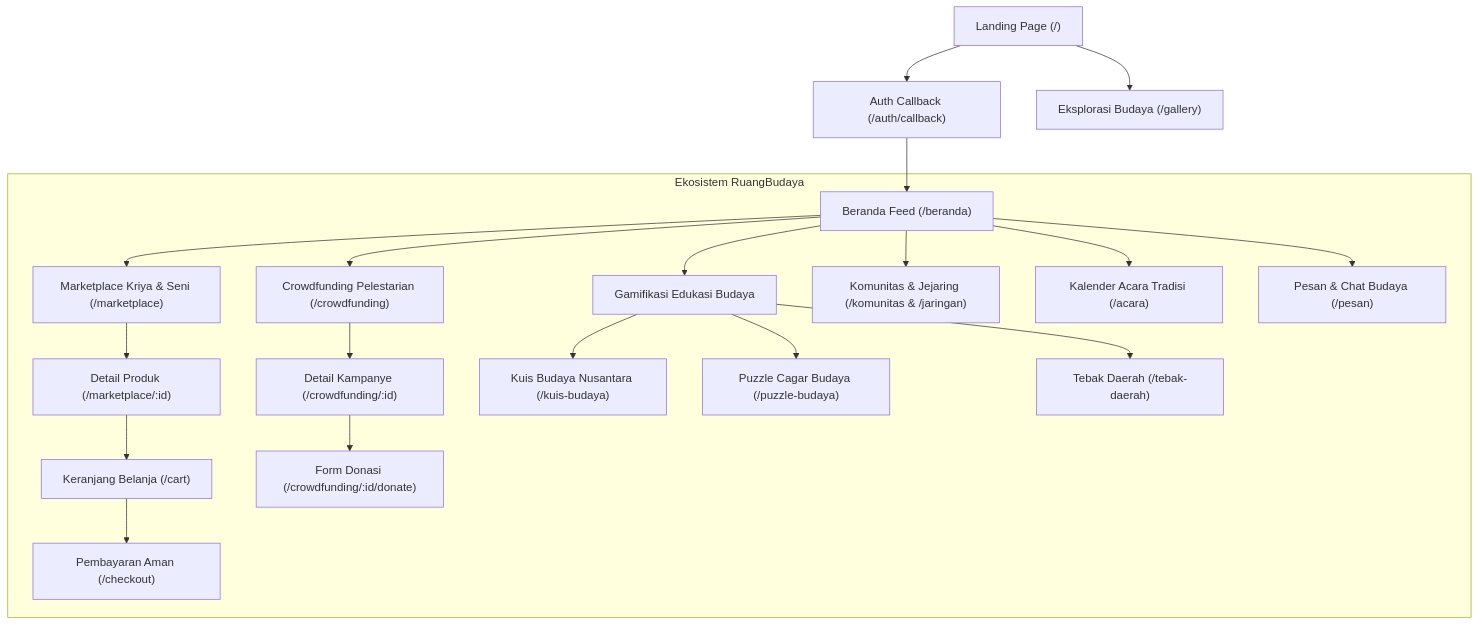
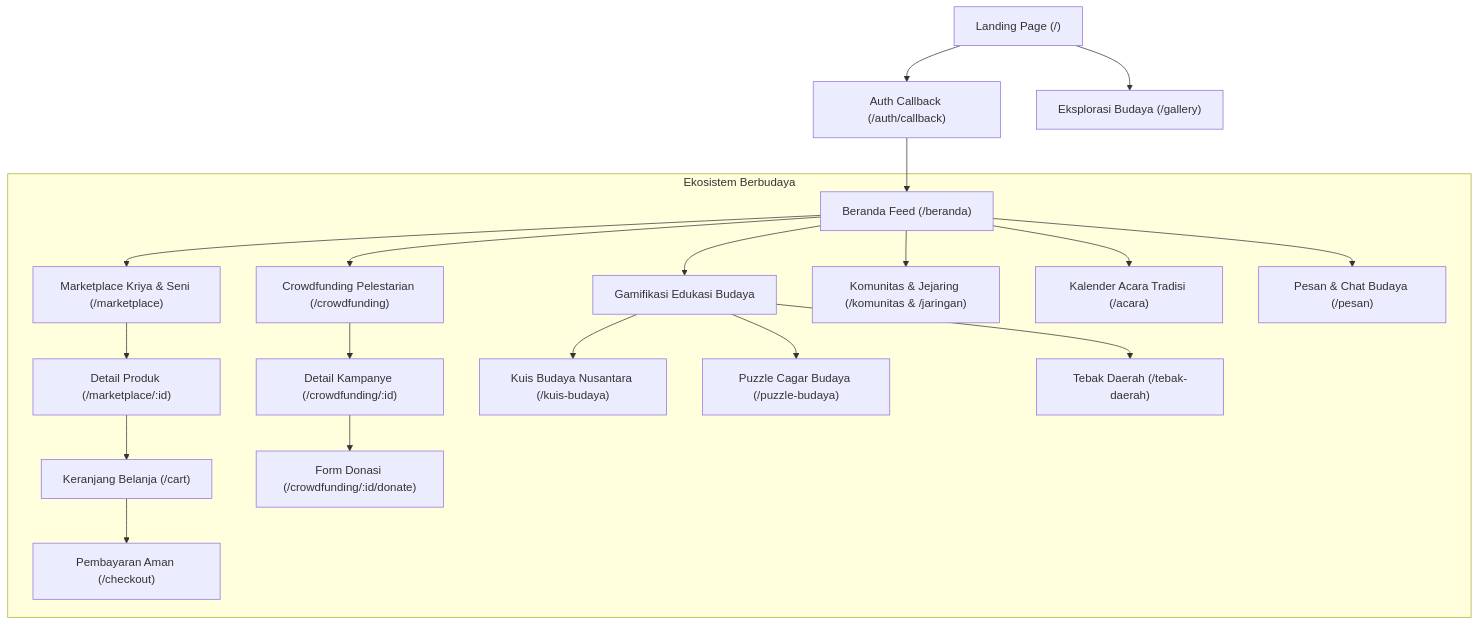
One commit to robinsyaifuddin/berbudaya changed the diagram in UIUX/DESIGN_SYSTEM.md. Above: the diagram before and after it, drawn with Mermaid. The commit also changed other lines of this file and 47 other files, not shown here.

First line of the commit message:
rebrand: rename platform to Berbudaya and fix Vercel build failures

````diff
--- a/UIUX/DESIGN_SYSTEM.md
+++ b/UIUX/DESIGN_SYSTEM.md
@@ -13,26 +13,26 @@
 ```mermaid
 flowchart TD
     Landing["Landing Page (/)"] --> Auth["Auth Callback (/auth/callback)"]
     Landing --> Gallery["Eksplorasi Budaya (/gallery)"]
     Auth --> Home["Beranda Feed (/beranda)"]
 
-    subgraph Platform["Ekosistem RuangBudaya"]
+    subgraph Platform["Ekosistem Berbudaya"]
         Home --> Market["Marketplace Kriya & Seni (/marketplace)"]
         Market --> ProductDetail["Detail Produk (/marketplace/:id)"]
         ProductDetail --> Cart["Keranjang Belanja (/cart)"]
         Cart --> Checkout["Pembayaran Aman (/checkout)"]
 
         Home --> Crowd["Crowdfunding Pelestarian (/crowdfunding)"]
         Crowd --> CrowdDetail["Detail Kampanye (/crowdfunding/:id)"]
         CrowdDetail --> CrowdDonate["Form Donasi (/crowdfunding/:id/donate)"]
 
         Home --> Games["Gamifikasi Edukasi Budaya"]
         Games --> Kuis["Kuis Budaya Nusantara (/kuis-budaya)"]
         Games --> Puzzle["Puzzle Cagar Budaya (/puzzle-budaya)"]
         Games --> Tebak["Tebak Daerah (/tebak-daerah)"]
 
         Home --> Komunitas["Komunitas & Jejaring (/komunitas & /jaringan)"]
         Home --> Acara["Kalender Acara Tradisi (/acara)"]
         Home --> Pesan["Pesan & Chat Budaya (/pesan)"]
     end
 ```
````
